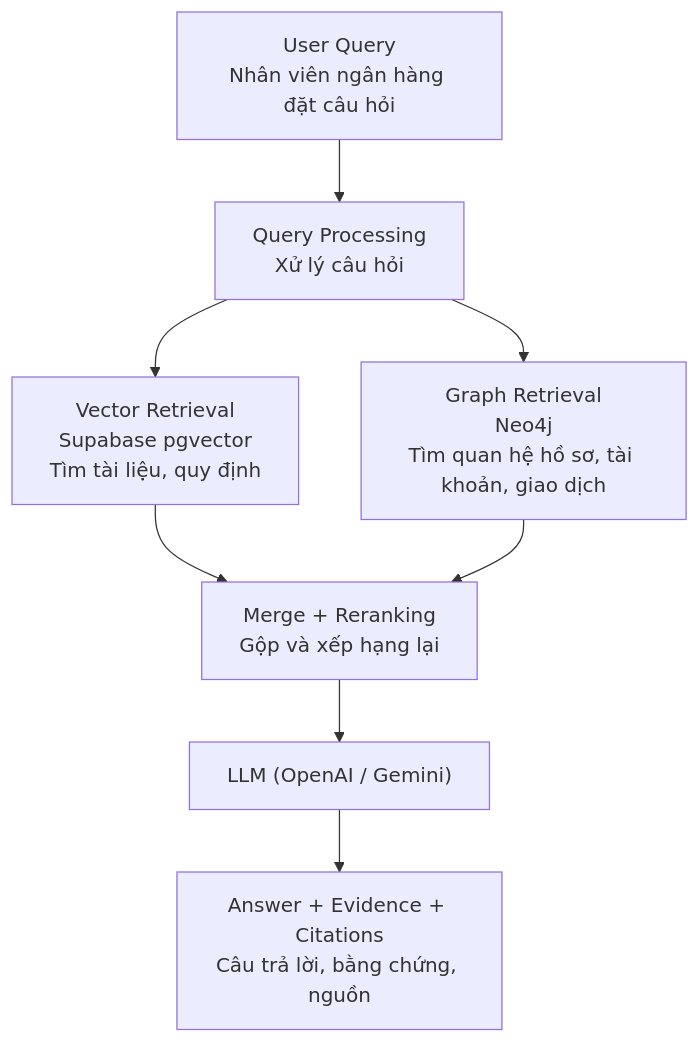
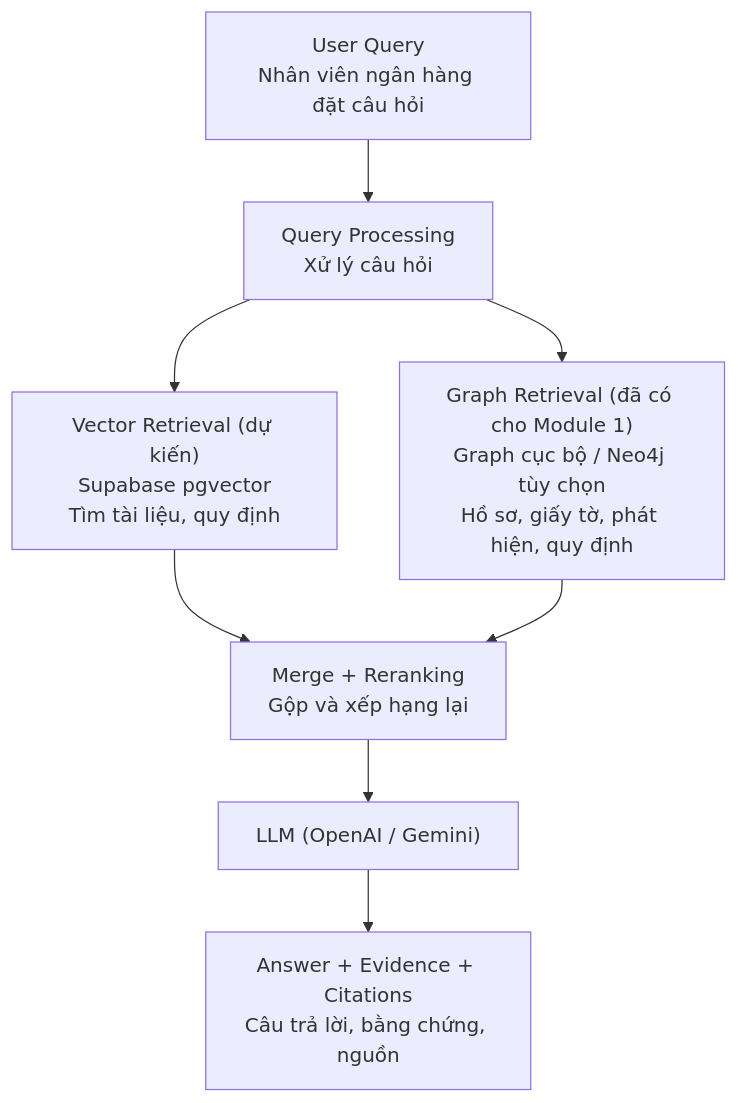
One commit to ydangishere/dev-projects changed the second of 2 diagrams in mms-ai-checker/README.vi.md. Above: the diagram before and after it, drawn with Mermaid. The commit also changed other lines of this file, not shown here.

Commit message:
docs(mms): document implemented module 1 graph retrieval and optional Neo4j setup

````diff
--- a/mms-ai-checker/README.vi.md
+++ b/mms-ai-checker/README.vi.md
@@ -126,10 +126,10 @@
 ```mermaid
 flowchart TB
     Q["User Query<br/>Nhân viên ngân hàng đặt câu hỏi"] --> P["Query Processing<br/>Xử lý câu hỏi"]
-    P --> V["Vector Retrieval<br/>Supabase pgvector<br/>Tìm tài liệu, quy định"]
-    P --> G["Graph Retrieval<br/>Neo4j<br/>Tìm quan hệ hồ sơ, tài khoản, giao dịch"]
+    P --> V["Vector Retrieval (dự kiến)<br/>Supabase pgvector<br/>Tìm tài liệu, quy định"]
+    P --> G["Graph Retrieval (đã có cho Module 1)<br/>Graph cục bộ / Neo4j tùy chọn<br/>Hồ sơ, giấy tờ, phát hiện, quy định"]
     V --> M["Merge + Reranking<br/>Gộp và xếp hạng lại"]
     G --> M
     M --> L["LLM (OpenAI / Gemini)"]
     L --> A["Answer + Evidence + Citations<br/>Câu trả lời, bằng chứng, nguồn"]
 ```
````
